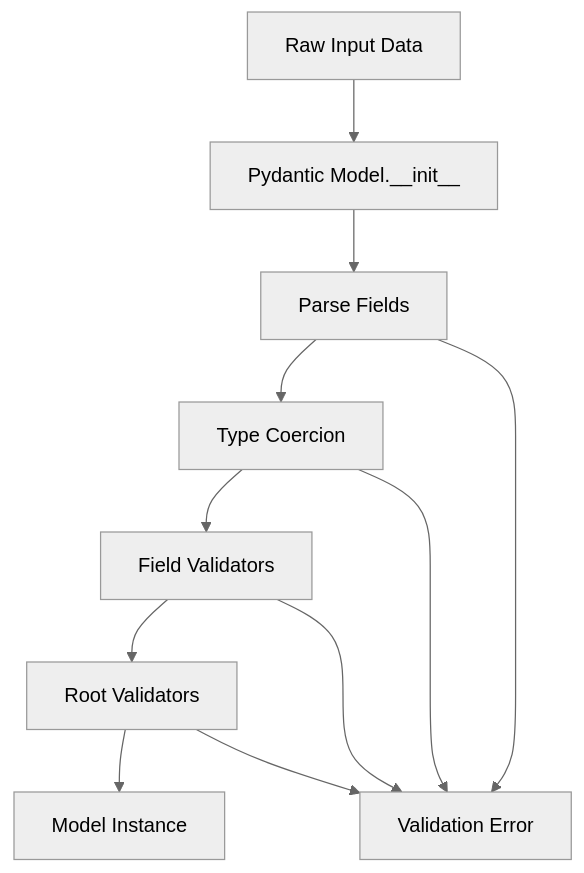
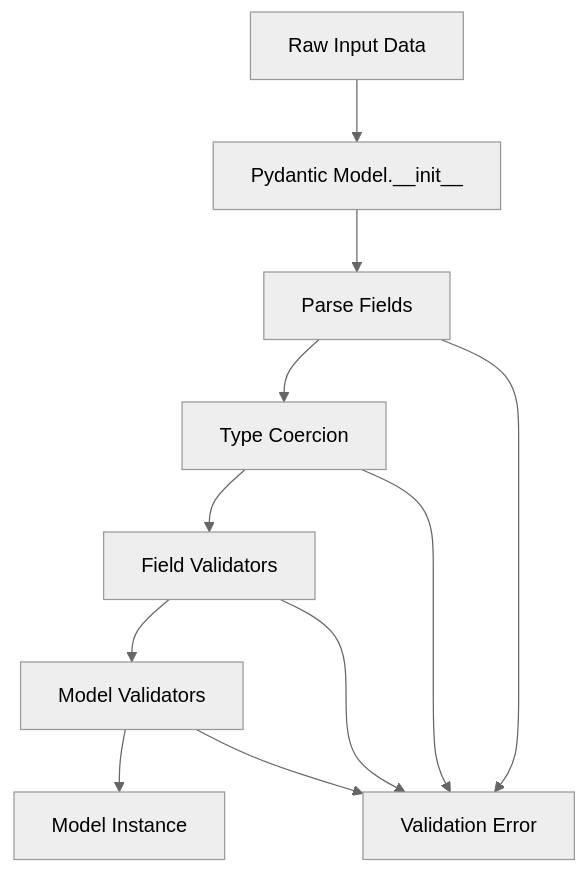
One commit to OneUptime/blog changed the diagram in posts/2026-02-06-instrument-pydantic-validation-opentelemetry-spans/README.md. Above: the diagram before and after it, drawn with Mermaid (neutral theme). The commit also changed other lines of this file and 2 other files, not shown here.

````diff
--- a/posts/2026-02-06-instrument-pydantic-validation-opentelemetry-spans/README.md
+++ b/posts/2026-02-06-instrument-pydantic-validation-opentelemetry-spans/README.md
@@ -21,13 +21,13 @@
 ```mermaid
 graph TD
     A[Raw Input Data] --> B[Pydantic Model.__init__]
     B --> C[Parse Fields]
     C --> D[Type Coercion]
     D --> E[Field Validators]
-    E --> F[Root Validators]
+    E --> F[Model Validators]
     F --> G[Model Instance]
     C --> H[Validation Error]
     D --> H
     E --> H
     F --> H
 ```
````
